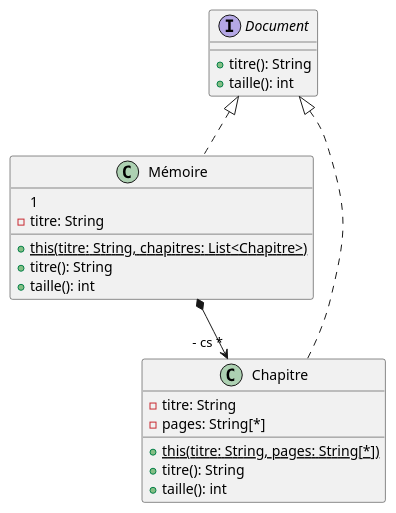
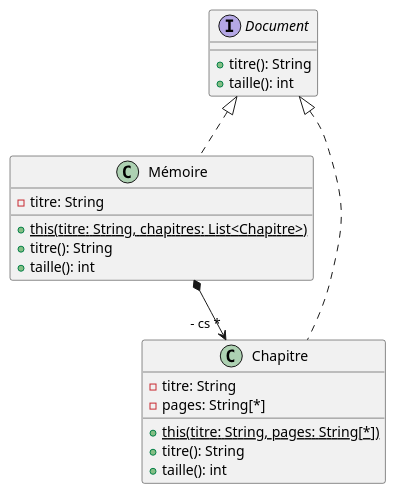
The diagram in DiagrammeClass.puml (Shakir-L/TD1_MAPC), drawn with PlantUML before and after one commit. The commit also changed 8 other files, not shown here.

Commit message:
Création et implémentations des diagrammes de séquence, objet et class

```diff
--- a/DiagrammeClass.puml
+++ b/DiagrammeClass.puml
@@ -2,21 +2,20 @@
 @startuml dc_example
 interface Document {
   + titre(): String
   + taille(): int
 }
 class Mémoire implements Document {
-1
   - titre: String
   + {static} this(titre: String, chapitres: List<Chapitre>)
   + titre(): String
   + taille(): int
 }
 class Chapitre implements Document {
   - titre: String
   - pages: String[*]
   + {static} this(titre: String, pages: String[*])
   + titre(): String
   + taille(): int
 }
 Mémoire *--> "- cs *" Chapitre
 @enduml
```
